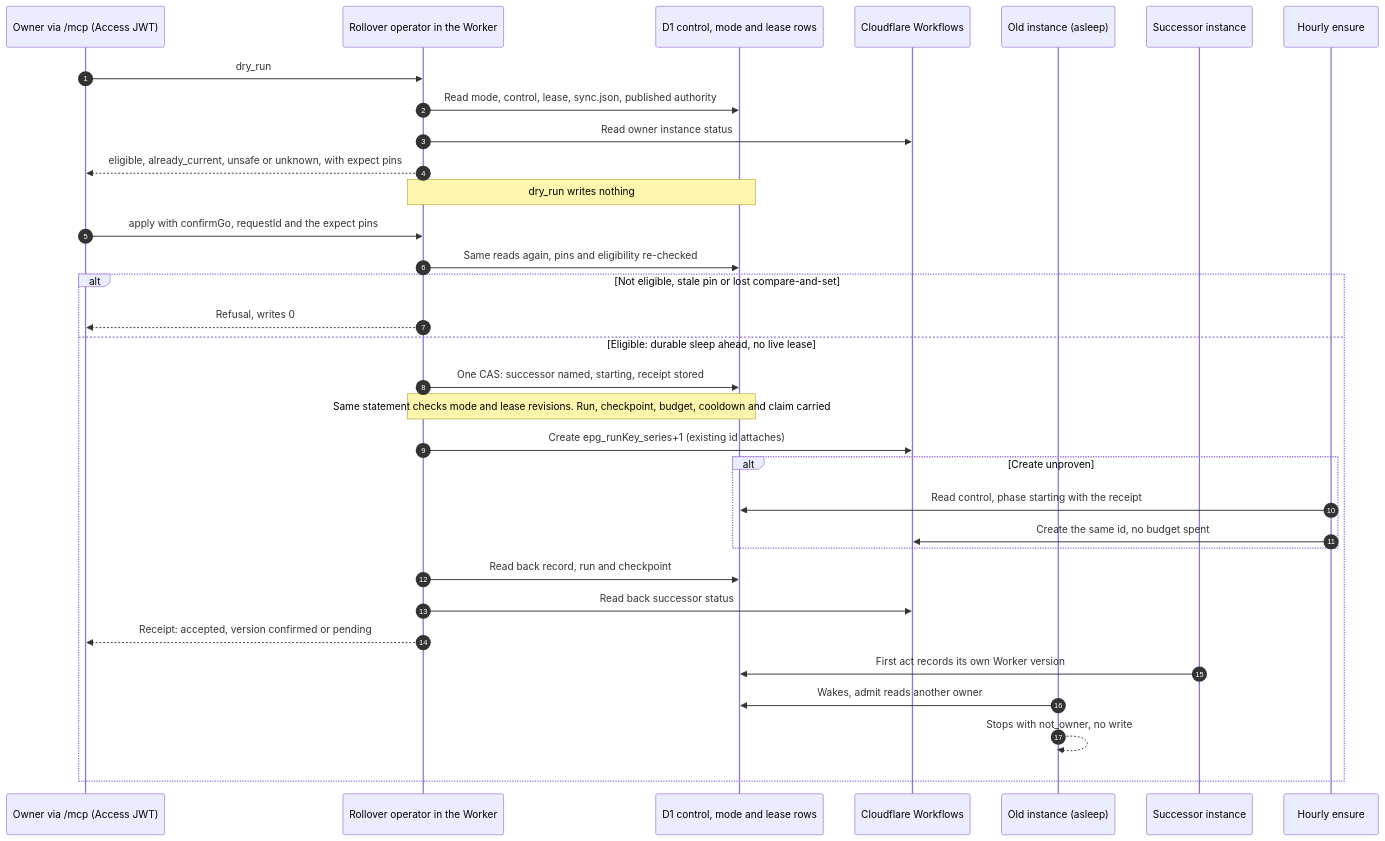
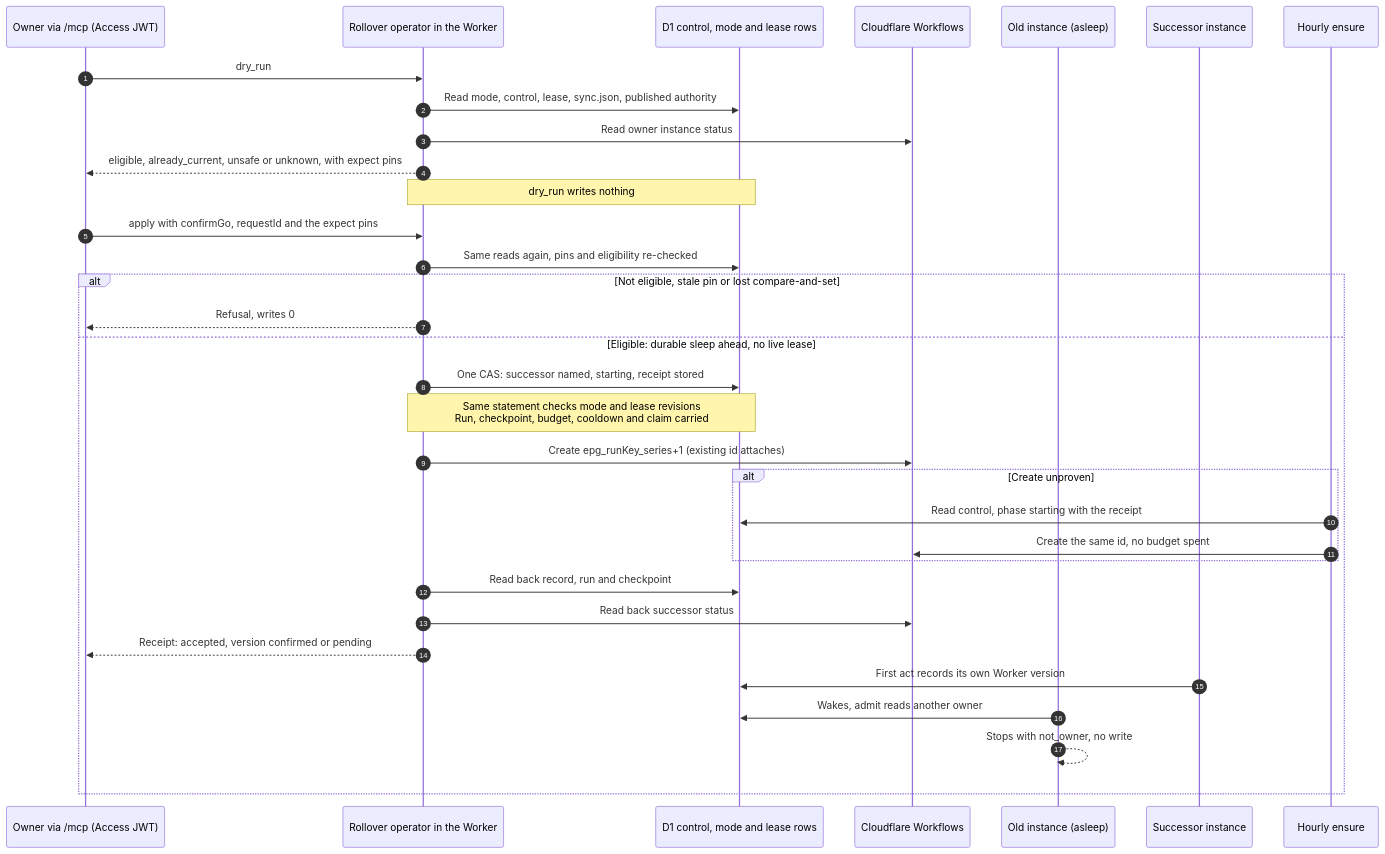
Before and after one commit to vladimino/iptv-watchlist: diagram 13 of 13 in docs/architecture/scheduling-and-orchestration.md, drawn with Mermaid. The commit also changed 1 other file, not shown here.

Commit message:
Fix a note overflow in the EPG rollover sequence and record the Mermaid visual QA
Claude-Session: https://claude.ai/code/session_014nGEiVYvjn8z611zyAvNTV

````diff
--- a/docs/architecture/scheduling-and-orchestration.md
+++ b/docs/architecture/scheduling-and-orchestration.md
@@ -444,36 +444,36 @@
 ```mermaid
 sequenceDiagram
     autonumber
     participant Owner as Owner via /mcp (Access JWT)
     participant Op as Rollover operator in the Worker
     participant D1 as D1 control, mode and lease rows
     participant CF as Cloudflare Workflows
     participant Old as Old instance (asleep)
     participant New as Successor instance
     participant Cron as Hourly ensure
 
     Owner->>Op: dry_run
     Op->>D1: Read mode, control, lease, sync.json, published authority
     Op->>CF: Read owner instance status
     Op-->>Owner: eligible, already_current, unsafe or unknown, with expect pins
     Note over Op,D1: dry_run writes nothing
     Owner->>Op: apply with confirmGo, requestId and the expect pins
     Op->>D1: Same reads again, pins and eligibility re-checked
     alt Not eligible, stale pin or lost compare-and-set
         Op-->>Owner: Refusal, writes 0
     else Eligible: durable sleep ahead, no live lease
         Op->>D1: One CAS: successor named, starting, receipt stored
-        Note over Op,D1: Same statement checks mode and lease revisions. Run, checkpoint, budget, cooldown and claim carried
+        Note over Op,D1: Same statement checks mode and lease revisions<br/>Run, checkpoint, budget, cooldown and claim carried
         Op->>CF: Create epg_runKey_series+1 (existing id attaches)
         alt Create unproven
             Cron->>D1: Read control, phase starting with the receipt
             Cron->>CF: Create the same id, no budget spent
         end
         Op->>D1: Read back record, run and checkpoint
         Op->>CF: Read back successor status
         Op-->>Owner: Receipt: accepted, version confirmed or pending
         New->>D1: First act records its own Worker version
         Old->>D1: Wakes, admit reads another owner
         Old-->>Old: Stops with not_owner, no write
     end
 ```
````
